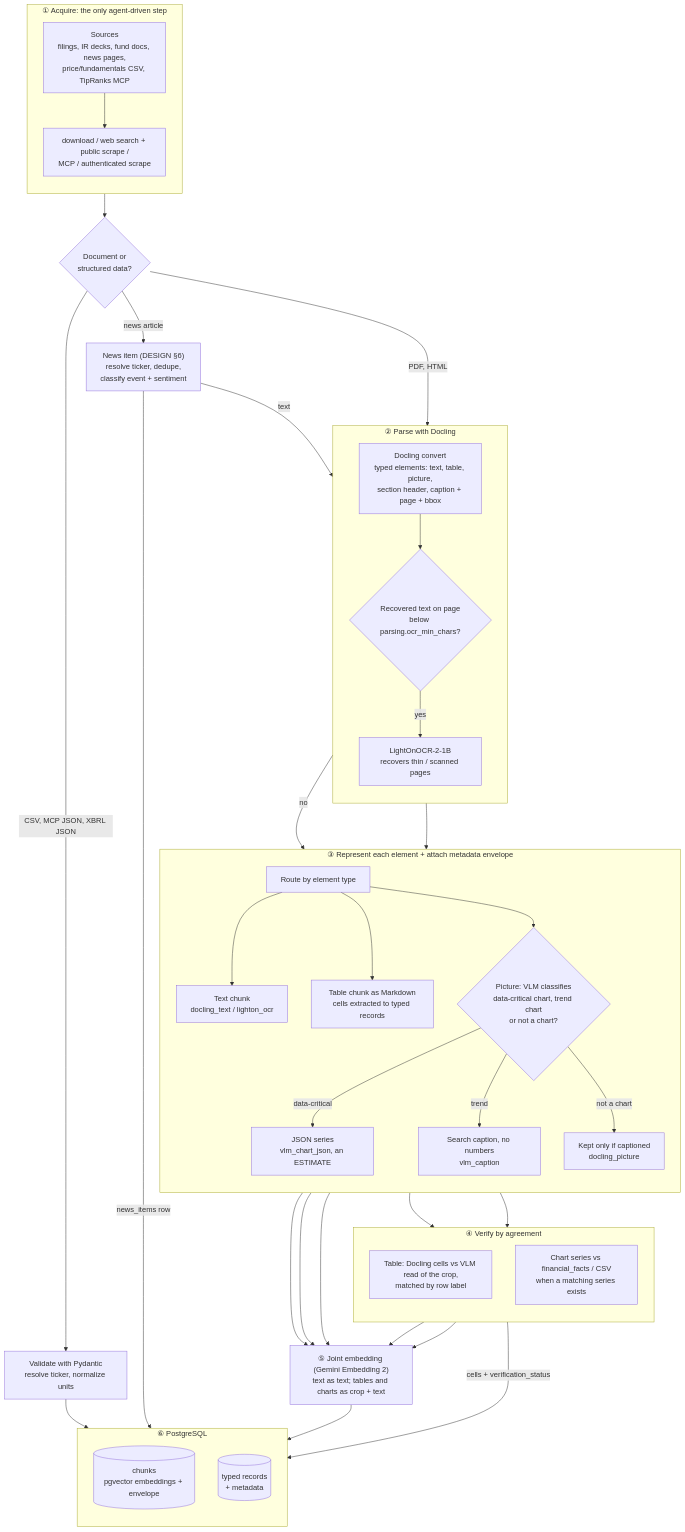
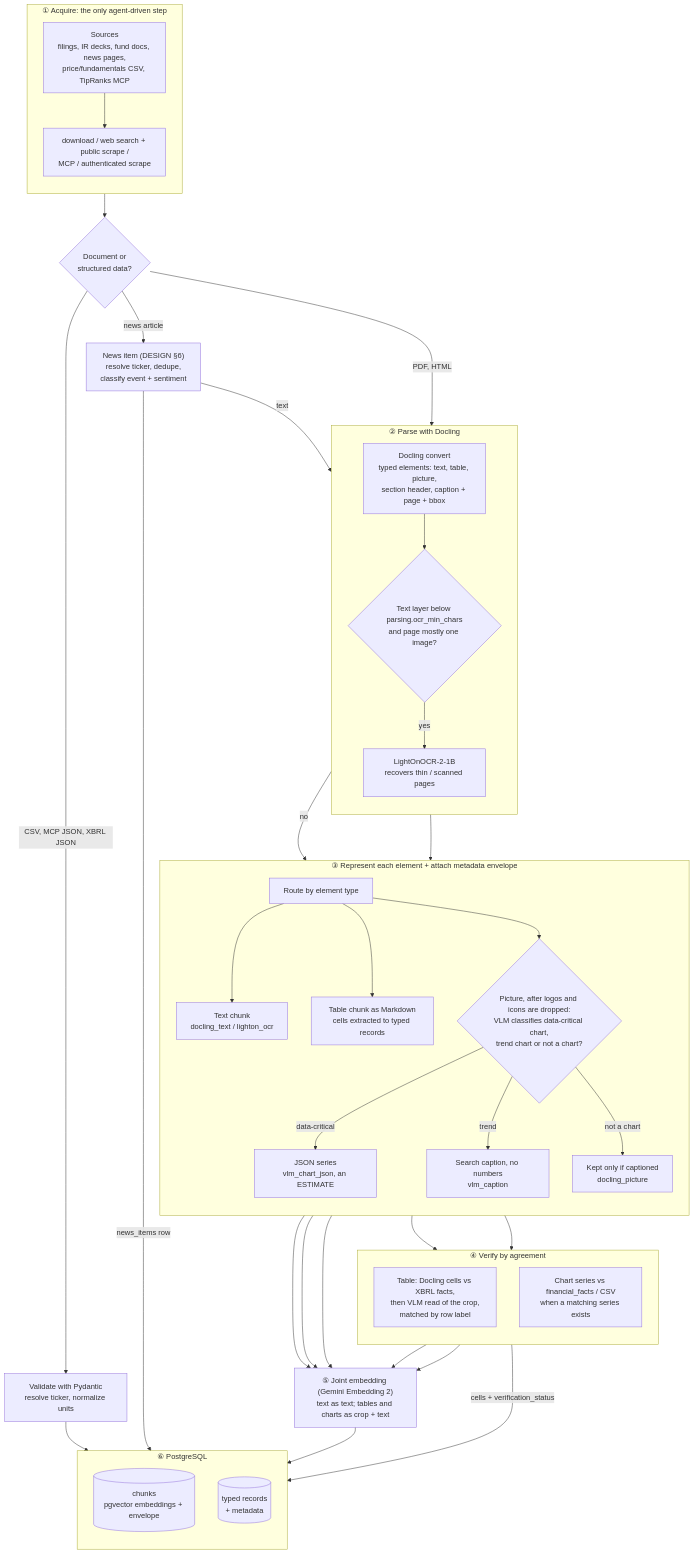
The first of 3 diagrams in PROPOSAL.md (chazyman/financial-agent-capstone), drawn with Mermaid before and after one commit. The commit also changed other lines of this file and 1 other file, not shown here.

````diff
--- a/PROPOSAL.md
+++ b/PROPOSAL.md
@@ -119,72 +119,72 @@
 ```mermaid
 flowchart TB
     subgraph ACQ["① Acquire: the only agent-driven step"]
         direction TB
         A["Sources<br/>filings, IR decks, fund docs, news pages,<br/>price/fundamentals CSV, TipRanks MCP"]
         B1["download / web search + public scrape /<br/>MCP / authenticated scrape"]
         A --> B1
     end
 
     B1 --> KIND{"Document or<br/>structured data?"}
     KIND -->|"CSV, MCP JSON, XBRL JSON"| VAL["Validate with Pydantic<br/>resolve ticker, normalize units"]
 
     subgraph PARSE["② Parse with Docling"]
         direction TB
         DOC["Docling convert<br/>typed elements: text, table, picture,<br/>section header, caption + page + bbox"]
-        OCRQ{"Recovered text on page<br/>below parsing.ocr_min_chars?"}
+        OCRQ{"Text layer below parsing.ocr_min_chars<br/>and page mostly one image?"}
         OCR["LightOnOCR-2-1B<br/>recovers thin / scanned pages"]
         DOC --> OCRQ
         OCRQ -->|yes| OCR
     end
 
     KIND -->|"PDF, HTML"| DOC
     KIND -->|"news article"| NEWS["News item (DESIGN §6)<br/>resolve ticker, dedupe,<br/>classify event + sentiment"]
     NEWS -->|text| DOC
 
     subgraph REP["③ Represent each element + attach metadata envelope"]
         direction TB
         ROUTE["Route by element type"]
         TXT["Text chunk<br/>docling_text / lighton_ocr"]
         TBL["Table chunk as Markdown<br/>cells extracted to typed records"]
-        CH{"Picture: VLM classifies<br/>data-critical chart, trend chart<br/>or not a chart?"}
+        CH{"Picture, after logos and icons are dropped:<br/>VLM classifies data-critical chart,<br/>trend chart or not a chart?"}
         CJ["JSON series<br/>vlm_chart_json, an ESTIMATE"]
         CC["Search caption, no numbers<br/>vlm_caption"]
         PIC["Kept only if captioned<br/>docling_picture"]
         ROUTE --> TXT
         ROUTE --> TBL
         ROUTE --> CH
         CH -->|data-critical| CJ
         CH -->|trend| CC
         CH -->|not a chart| PIC
     end
 
     OCRQ -->|no| ROUTE
     OCR --> ROUTE
 
     subgraph VER["④ Verify by agreement"]
         direction TB
-        VT["Table: Docling cells vs VLM read of the crop,<br/>matched by row label"]
+        VT["Table: Docling cells vs XBRL facts,<br/>then VLM read of the crop,<br/>matched by row label"]
         VC["Chart series vs financial_facts / CSV<br/>when a matching series exists"]
     end
 
     TBL --> VT
     CJ --> VC
 
     EMB["⑤ Joint embedding (Gemini Embedding 2)<br/>text as text; tables and charts as crop + text"]
     TXT --> EMB
     CC --> EMB
     PIC --> EMB
     VT --> EMB
     VC --> EMB
 
     subgraph STORE["⑥ PostgreSQL"]
         direction TB
         C2[("chunks<br/>pgvector embeddings + envelope")]
         C1[("typed records<br/>+ metadata")]
     end
 
     EMB --> C2
     VT -->|cells + verification_status| C1
     VAL --> C1
     NEWS -->|news_items row| C1
 ```
````
